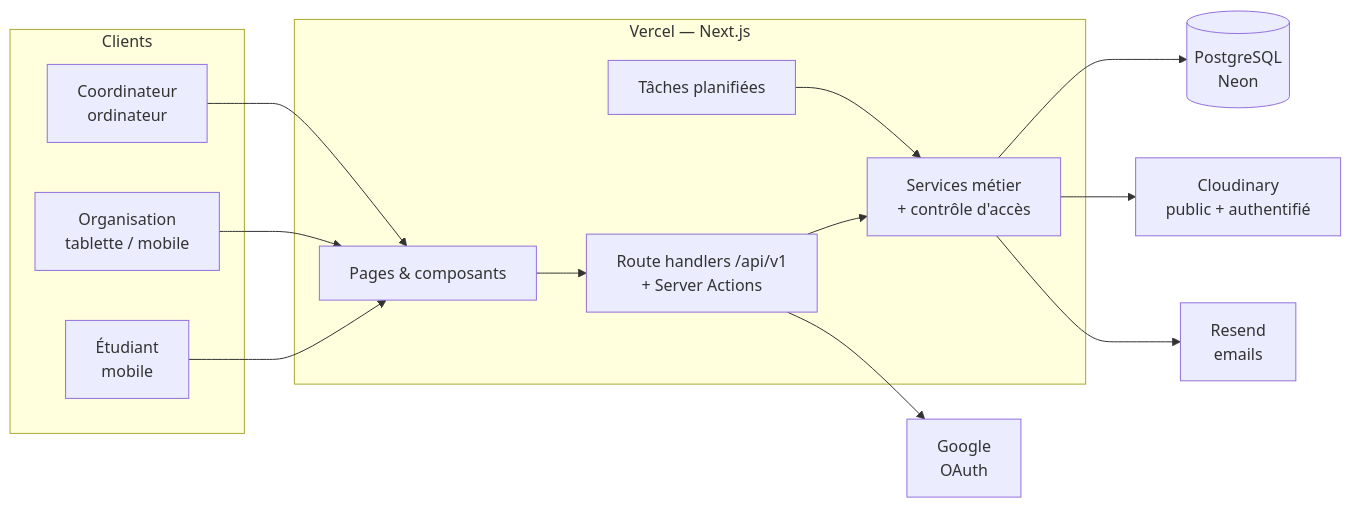
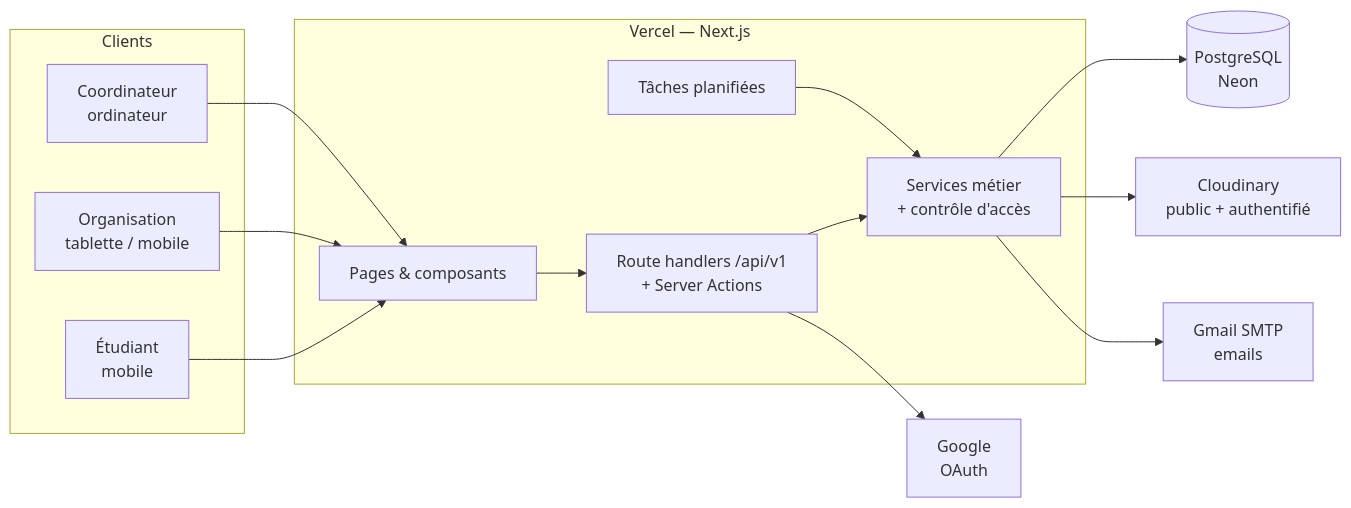
Before and after one commit to ism4il-04/ENSATE_CLUBS: the first of 2 diagrams in docs/05_Architecture.md, drawn with Mermaid. The commit also changed other lines of this file and 20 other files, not shown here.

First line of the commit message:
Images par envoi uniquement, choix de l'espace club, contact ADE, emails par Gmail SMTP

````diff
--- a/docs/05_Architecture.md
+++ b/docs/05_Architecture.md
@@ -28,27 +28,27 @@
 ```mermaid
 flowchart LR
     subgraph Clients
         E[Étudiant<br/>mobile]
         O[Organisation<br/>tablette / mobile]
         C[Coordinateur<br/>ordinateur]
     end
 
     subgraph Vercel["Vercel — Next.js"]
         UI[Pages & composants]
         API[Route handlers /api/v1<br/>+ Server Actions]
         SVC[Services métier<br/>+ contrôle d'accès]
         CRON[Tâches planifiées]
     end
 
     DB[(PostgreSQL<br/>Neon)]
     IMG[Cloudinary<br/>public + authentifié]
-    MAIL[Resend<br/>emails]
+    MAIL[Gmail SMTP<br/>emails]
     GOOG[Google<br/>OAuth]
 
     E & O & C --> UI --> API --> SVC
     CRON --> SVC
     SVC --> DB
     SVC --> IMG
     SVC --> MAIL
     API --> GOOG
 ```
````
